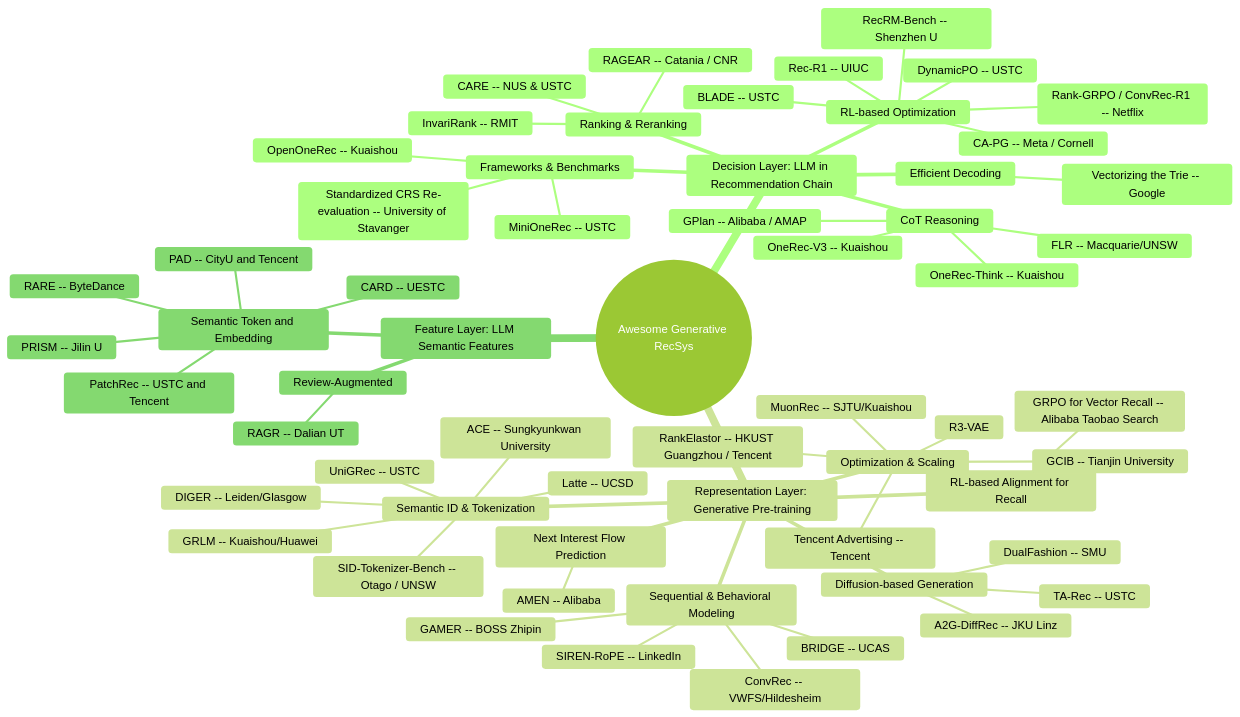
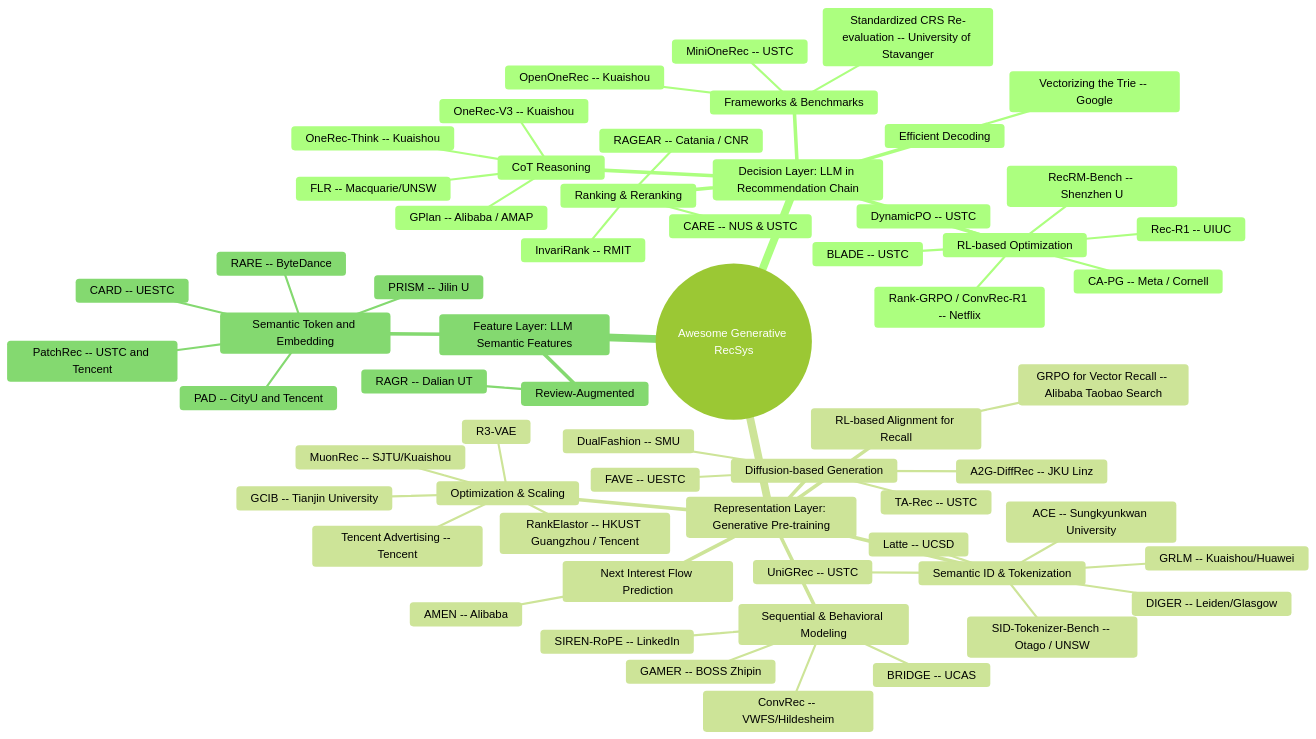
Before and after one commit to HaFred/awesome-generative-recsys: the diagram in README.md, drawn with Mermaid (forest theme). The commit also changed other lines of this file, not shown here.

Commit message:
feat: 4 missed papers May 30 (SF-UBM federated LLM CDR, KnowSA_CKP SIGIR2026, FAVE SIGIR2026, GTI LinkedIn)

````diff
--- a/README.md
+++ b/README.md
@@ -6,63 +6,64 @@
 ```mermaid
 mindmap
   root((Awesome Generative RecSys))
     Decision Layer: LLM in Recommendation Chain
       CoT Reasoning
         OneRec-Think -- Kuaishou
         OneRec-V3 -- Kuaishou
         GPlan -- Alibaba / AMAP
         FLR -- Macquarie/UNSW
       RL-based Optimization
         Rank-GRPO / ConvRec-R1 -- Netflix
         Rec-R1 -- UIUC
         DynamicPO -- USTC
         RecRM-Bench -- Shenzhen U
         BLADE -- USTC
         CA-PG -- Meta / Cornell
       Ranking & Reranking
         CARE -- NUS & USTC
         InvariRank -- RMIT
         RAGEAR -- Catania / CNR
       Frameworks & Benchmarks
         Standardized CRS Re-evaluation -- University of Stavanger
         OpenOneRec -- Kuaishou
         MiniOneRec -- USTC
       Efficient Decoding
         Vectorizing the Trie -- Google
     Representation Layer: Generative Pre-training
       Semantic ID & Tokenization
         Latte -- UCSD
         DIGER -- Leiden/Glasgow
         UniGRec -- USTC
         GRLM -- Kuaishou/Huawei
         SID-Tokenizer-Bench -- Otago / UNSW
         ACE -- Sungkyunkwan University
       Next Interest Flow Prediction
         AMEN -- Alibaba
       RL-based Alignment for Recall
         GRPO for Vector Recall -- Alibaba Taobao Search
       Diffusion-based Generation
         A2G-DiffRec -- JKU Linz
         TA-Rec -- USTC
         DualFashion -- SMU
+        FAVE -- UESTC
       Sequential & Behavioral Modeling
         GAMER -- BOSS Zhipin
         SIREN-RoPE -- LinkedIn
         ConvRec -- VWFS/Hildesheim
         BRIDGE -- UCAS
       Optimization & Scaling
         MuonRec -- SJTU/Kuaishou
         R3-VAE
         Tencent Advertising -- Tencent
         RankElastor -- HKUST Guangzhou / Tencent
         GCIB -- Tianjin University
     Feature Layer: LLM Semantic Features
       Semantic Token and Embedding
         PatchRec -- USTC and Tencent
         PAD -- CityU and Tencent
         RARE -- ByteDance
         CARD -- UESTC
         PRISM -- Jilin U
       Review-Augmented
         RAGR -- Dalian UT
 ```
````
